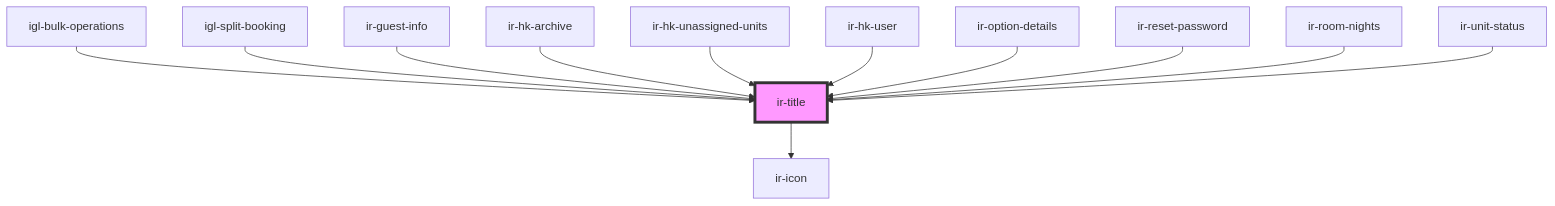
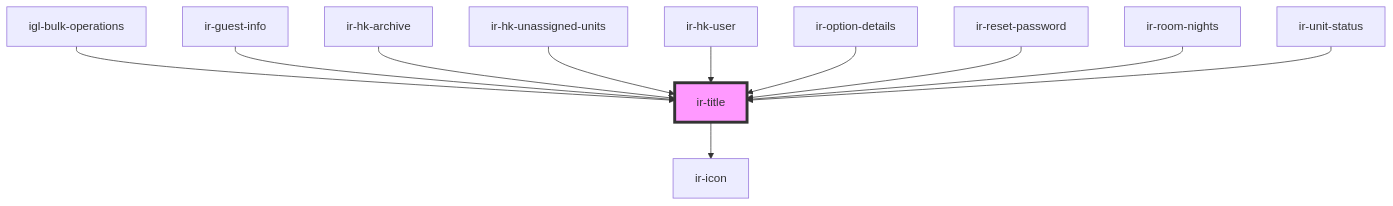
One commit to RonyRizk/ir-webcmp changed the diagram in src/components/ir-title/readme.md. Above: the diagram before and after it, drawn with Mermaid. The commit also changed other lines of this file and 857 other files, not shown here.

````diff
--- a/src/components/ir-title/readme.md
+++ b/src/components/ir-title/readme.md
@@ -45,15 +44,14 @@
 ```mermaid
 graph TD;
   ir-title --> ir-icon
   igl-bulk-operations --> ir-title
-  igl-split-booking --> ir-title
   ir-guest-info --> ir-title
   ir-hk-archive --> ir-title
   ir-hk-unassigned-units --> ir-title
   ir-hk-user --> ir-title
   ir-option-details --> ir-title
   ir-reset-password --> ir-title
   ir-room-nights --> ir-title
   ir-unit-status --> ir-title
   style ir-title fill:#f9f,stroke:#333,stroke-width:4px
 ```
````
